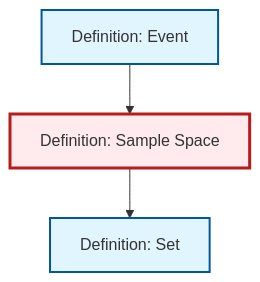
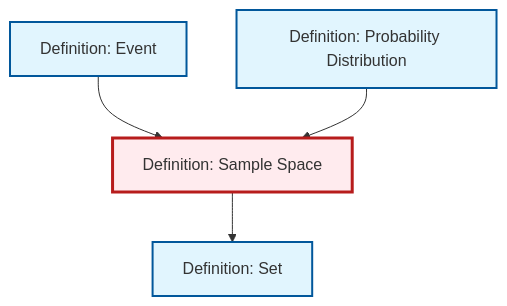
One commit to RK0429/ModernMath changed the diagram in content/en/probability-statistics/def-sample-space.qmd. Above: the diagram before and after it, drawn with Mermaid. The commit also changed 634 other files, not shown here.

````diff
--- a/content/en/probability-statistics/def-sample-space.qmd
+++ b/content/en/probability-statistics/def-sample-space.qmd
@@ -57,17 +57,20 @@
 ```{mermaid}
 %%| fig-cap: "Local dependency graph"
 graph TD
     classDef definition fill:#e1f5fe,stroke:#01579b,stroke-width:2px
     classDef theorem fill:#f3e5f5,stroke:#4a148c,stroke-width:2px
     classDef axiom fill:#fff3e0,stroke:#e65100,stroke-width:2px
     classDef example fill:#e8f5e9,stroke:#1b5e20,stroke-width:2px
     classDef current fill:#ffebee,stroke:#b71c1c,stroke-width:3px
     def-event["Definition: Event"]:::definition
+    def-set["Definition: Set"]:::definition
+    def-probability-distribution["Definition: Probability Distribution"]:::definition
     def-sample-space["Definition: Sample Space"]:::definition
-    def-set["Definition: Set"]:::definition
     def-event --> def-sample-space
+    def-probability-distribution --> def-sample-space
     def-sample-space --> def-set
     class def-sample-space current
     click def-event "def-event.html" "Go to Event definition"
     click def-set "def-set.html" "Go to Set definition"
+    click def-probability-distribution "def-probability-distribution.html" "Go to Probability Distribution definition"
 ```
````
